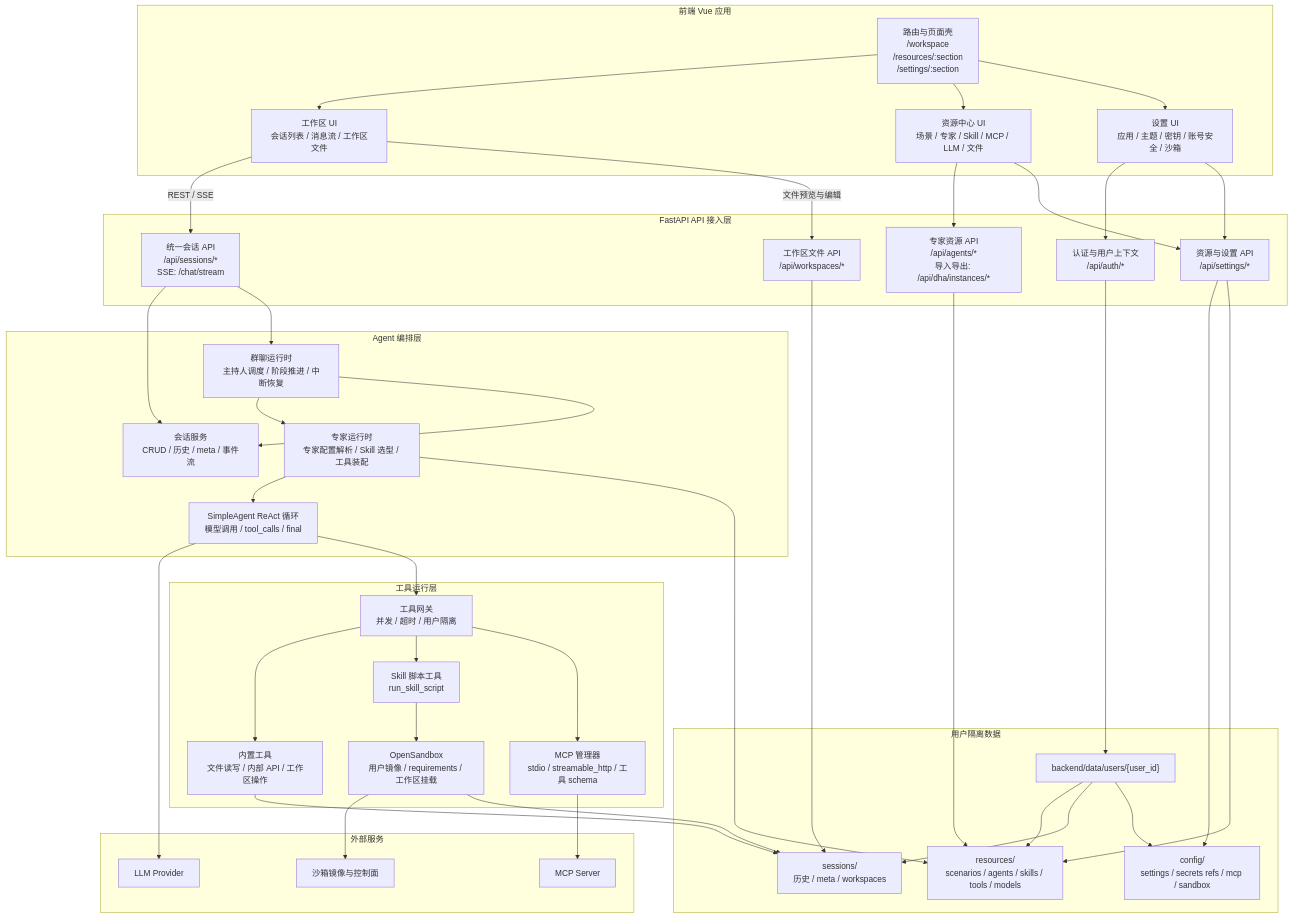
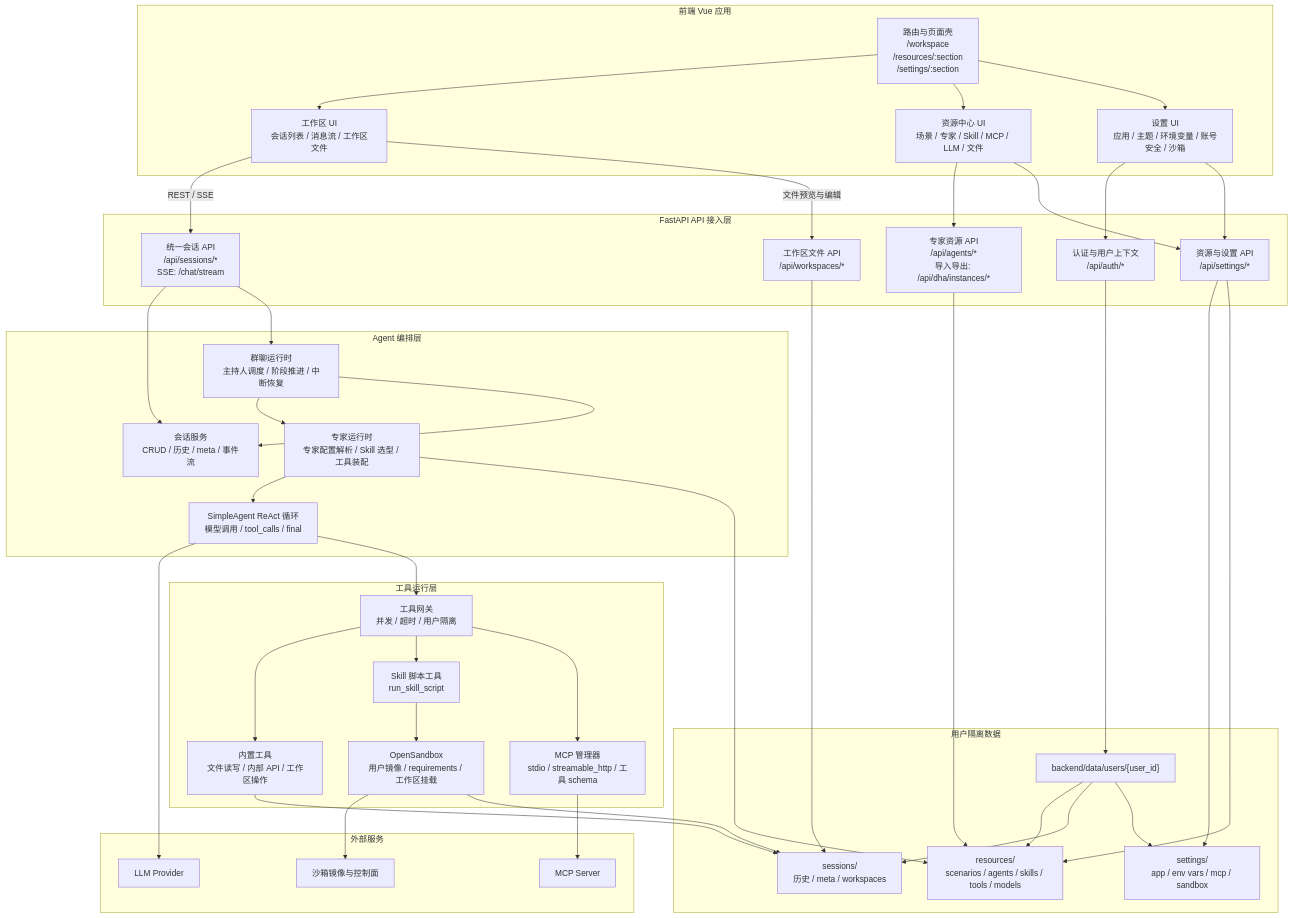
Before and after one commit to gaoguodong03/shichai: the second of 2 diagrams in docs/architecture/system-architecture.md, drawn with Mermaid. The commit also changed other lines of this file and 29 other files, not shown here.

````diff
--- a/docs/architecture/system-architecture.md
+++ b/docs/architecture/system-architecture.md
@@ -54,82 +54,82 @@
 ```mermaid
 flowchart TB
   subgraph FE["前端 Vue 应用"]
     Router["路由与页面壳<br/>/workspace<br/>/resources/:section<br/>/settings/:section"]
     WorkspaceUI["工作区 UI<br/>会话列表 / 消息流 / 工作区文件"]
     ResourceUI["资源中心 UI<br/>场景 / 专家 / Skill / MCP / LLM / 文件"]
-    SettingsUI["设置 UI<br/>应用 / 主题 / 密钥 / 账号安全 / 沙箱"]
+    SettingsUI["设置 UI<br/>应用 / 主题 / 环境变量 / 账号安全 / 沙箱"]
   end
 
   subgraph API["FastAPI API 接入层"]
     AuthAPI["认证与用户上下文<br/>/api/auth/*"]
     SessionsAPI["统一会话 API<br/>/api/sessions/*<br/>SSE: /chat/stream"]
     AgentsAPI["专家资源 API<br/>/api/agents/*<br/>导入导出: /api/dha/instances/*"]
     SettingsAPI["资源与设置 API<br/>/api/settings/*"]
     FilesAPI["工作区文件 API<br/>/api/workspaces/*"]
   end
 
   subgraph ORCH["Agent 编排层"]
     GroupRuntime["群聊运行时<br/>主持人调度 / 阶段推进 / 中断恢复"]
     SessionService["会话服务<br/>CRUD / 历史 / meta / 事件流"]
     ExpertRuntime["专家运行时<br/>专家配置解析 / Skill 选型 / 工具装配"]
     SimpleAgent["SimpleAgent ReAct 循环<br/>模型调用 / tool_calls / final"]
   end
 
   subgraph TOOL["工具运行层"]
     ToolGateway["工具网关<br/>并发 / 超时 / 用户隔离"]
     BuiltinTools["内置工具<br/>文件读写 / 内部 API / 工作区操作"]
     SkillScript["Skill 脚本工具<br/>run_skill_script"]
     MCPManager["MCP 管理器<br/>stdio / streamable_http / 工具 schema"]
     Sandbox["OpenSandbox<br/>用户镜像 / requirements / 工作区挂载"]
   end
 
   subgraph DATA["用户隔离数据"]
     UserRoot["backend/data/users/{user_id}"]
     Resources["resources/<br/>scenarios / agents / skills / tools / models"]
     Sessions["sessions/<br/>历史 / meta / workspaces"]
-    Config["config/<br/>settings / secrets refs / mcp / sandbox"]
+    Config["settings/<br/>app / env vars / mcp / sandbox"]
   end
 
   subgraph EXT["外部服务"]
     LLM["LLM Provider"]
     MCPServer["MCP Server"]
     SandboxImage["沙箱镜像与控制面"]
   end
 
   Router --> WorkspaceUI
   Router --> ResourceUI
   Router --> SettingsUI
   WorkspaceUI -->|REST / SSE| SessionsAPI
   WorkspaceUI -->|文件预览与编辑| FilesAPI
   ResourceUI --> AgentsAPI
   ResourceUI --> SettingsAPI
   SettingsUI --> AuthAPI
   SettingsUI --> SettingsAPI
 
   AuthAPI --> UserRoot
   SessionsAPI --> SessionService
   SessionsAPI --> GroupRuntime
   AgentsAPI --> Resources
   SettingsAPI --> Config
   SettingsAPI --> Resources
   FilesAPI --> Sessions
 
   GroupRuntime --> ExpertRuntime
   GroupRuntime --> SessionService
   ExpertRuntime --> SimpleAgent
   ExpertRuntime --> Resources
   SimpleAgent --> LLM
   SimpleAgent --> ToolGateway
   ToolGateway --> BuiltinTools
   ToolGateway --> SkillScript
   ToolGateway --> MCPManager
   SkillScript --> Sandbox
   MCPManager --> MCPServer
   Sandbox --> SandboxImage
   BuiltinTools --> Sessions
   Sandbox --> Sessions
 
   UserRoot --> Resources
   UserRoot --> Sessions
   UserRoot --> Config
 ```
````
